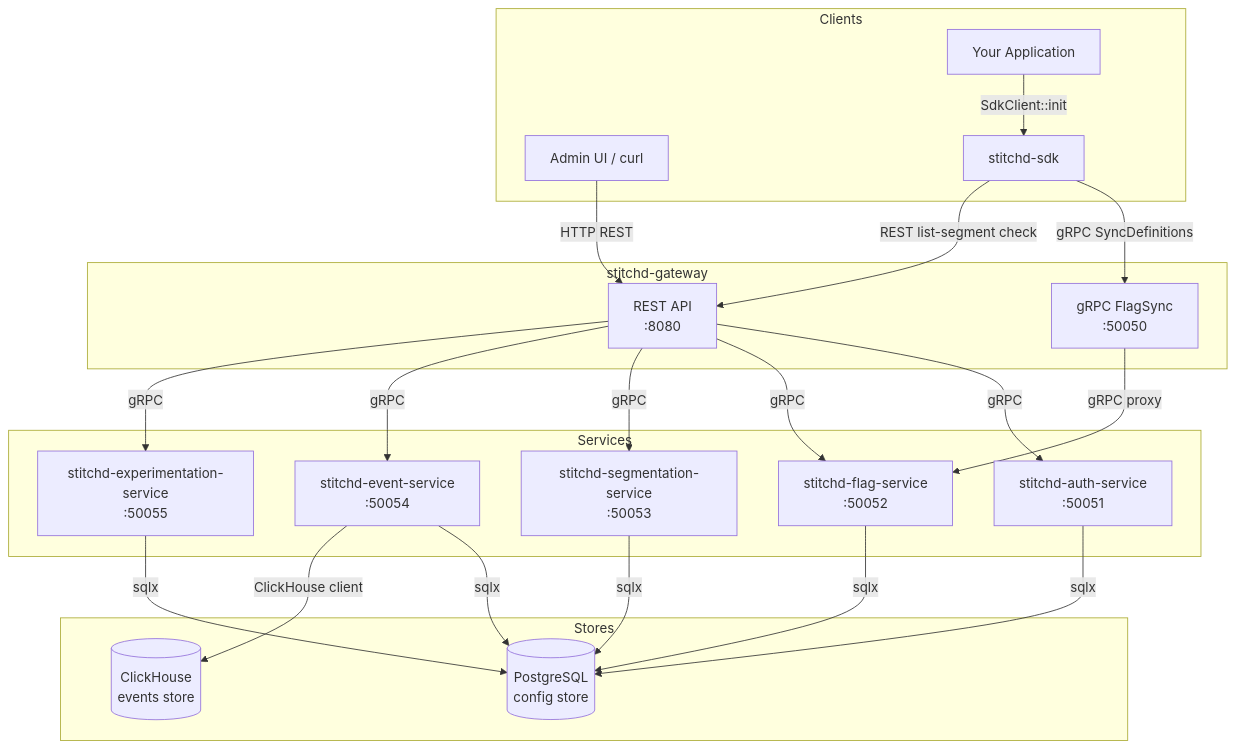
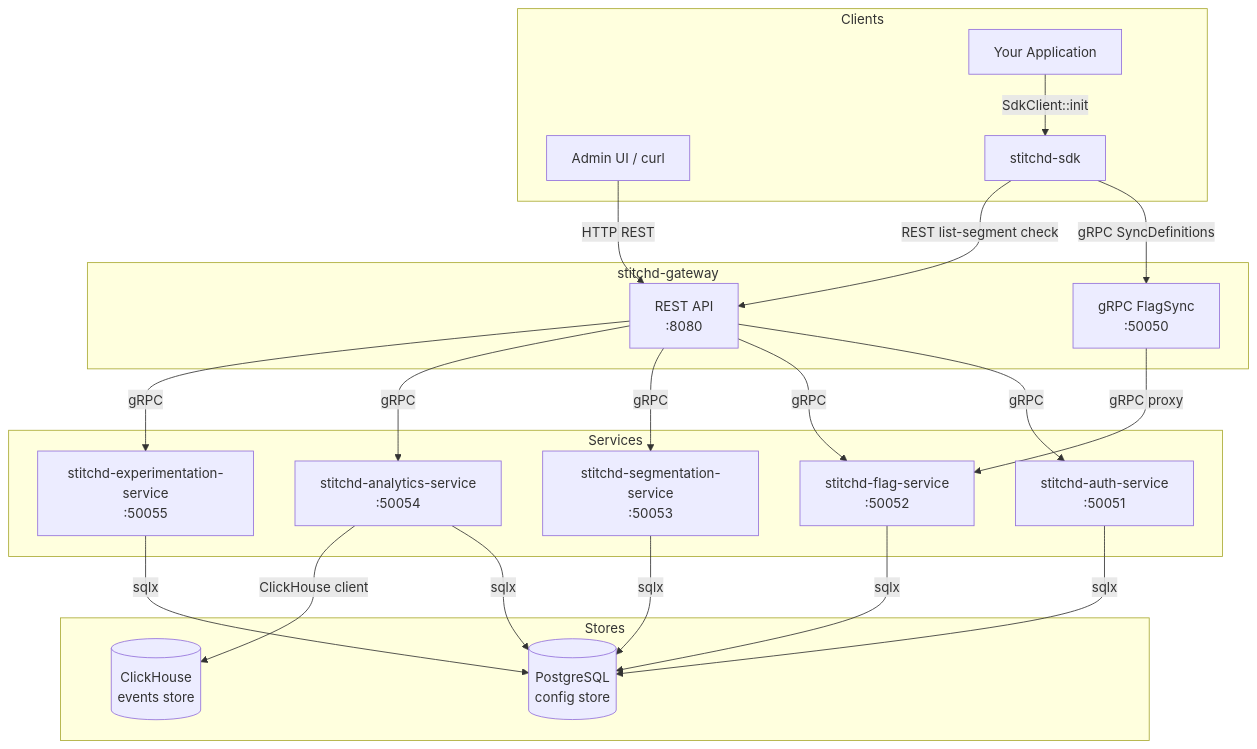
One commit to stitchd-dev/feature-flag changed the diagram in docs/src/architecture/README.md. Above: the diagram before and after it, drawn with Mermaid. The commit also changed other lines of this file and 15 other files, not shown here.

First line of the commit message:
chore(workspace): delete orphan events/v1 proto + retired event-service docs (task 3.10)

````diff
--- a/docs/src/architecture/README.md
+++ b/docs/src/architecture/README.md
@@ -8,45 +8,45 @@
 ```mermaid
 graph TB
     subgraph Clients
         AdminUI[Admin UI / curl]
         App[Your Application]
         SDK[stitchd-sdk]
     end
 
     subgraph Gateway["stitchd-gateway"]
         REST[REST API\n:8080]
         GRPC_GW[gRPC FlagSync\n:50050]
     end
 
     subgraph Services
         AS[stitchd-auth-service\n:50051]
         FS[stitchd-flag-service\n:50052]
         SS[stitchd-segmentation-service\n:50053]
-        ES[stitchd-event-service\n:50054]
+        ANS[stitchd-analytics-service\n:50054]
         XS[stitchd-experimentation-service\n:50055]
     end
 
     subgraph Stores
         PG[(PostgreSQL\nconfig store)]
         CH[(ClickHouse\nevents store)]
     end
 
     AdminUI -->|HTTP REST| REST
     App -->|SdkClient::init| SDK
     SDK -->|gRPC SyncDefinitions| GRPC_GW
     SDK -->|REST list-segment check| REST
 
     REST -->|gRPC| AS
     REST -->|gRPC| FS
     REST -->|gRPC| SS
-    REST -->|gRPC| ES
+    REST -->|gRPC| ANS
     REST -->|gRPC| XS
     GRPC_GW -->|gRPC proxy| FS
 
     AS -->|sqlx| PG
     FS -->|sqlx| PG
     SS -->|sqlx| PG
     XS -->|sqlx| PG
-    ES -->|sqlx| PG
-    ES -->|ClickHouse client| CH
+    ANS -->|sqlx| PG
+    ANS -->|ClickHouse client| CH
 ```
````
